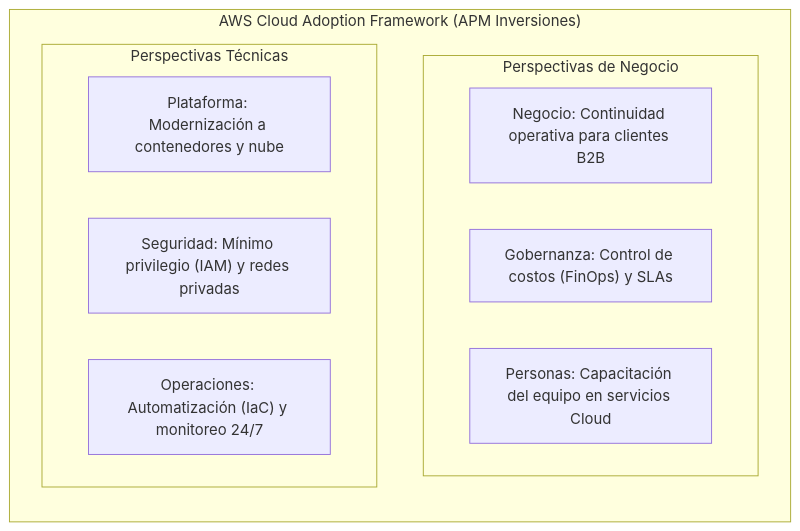
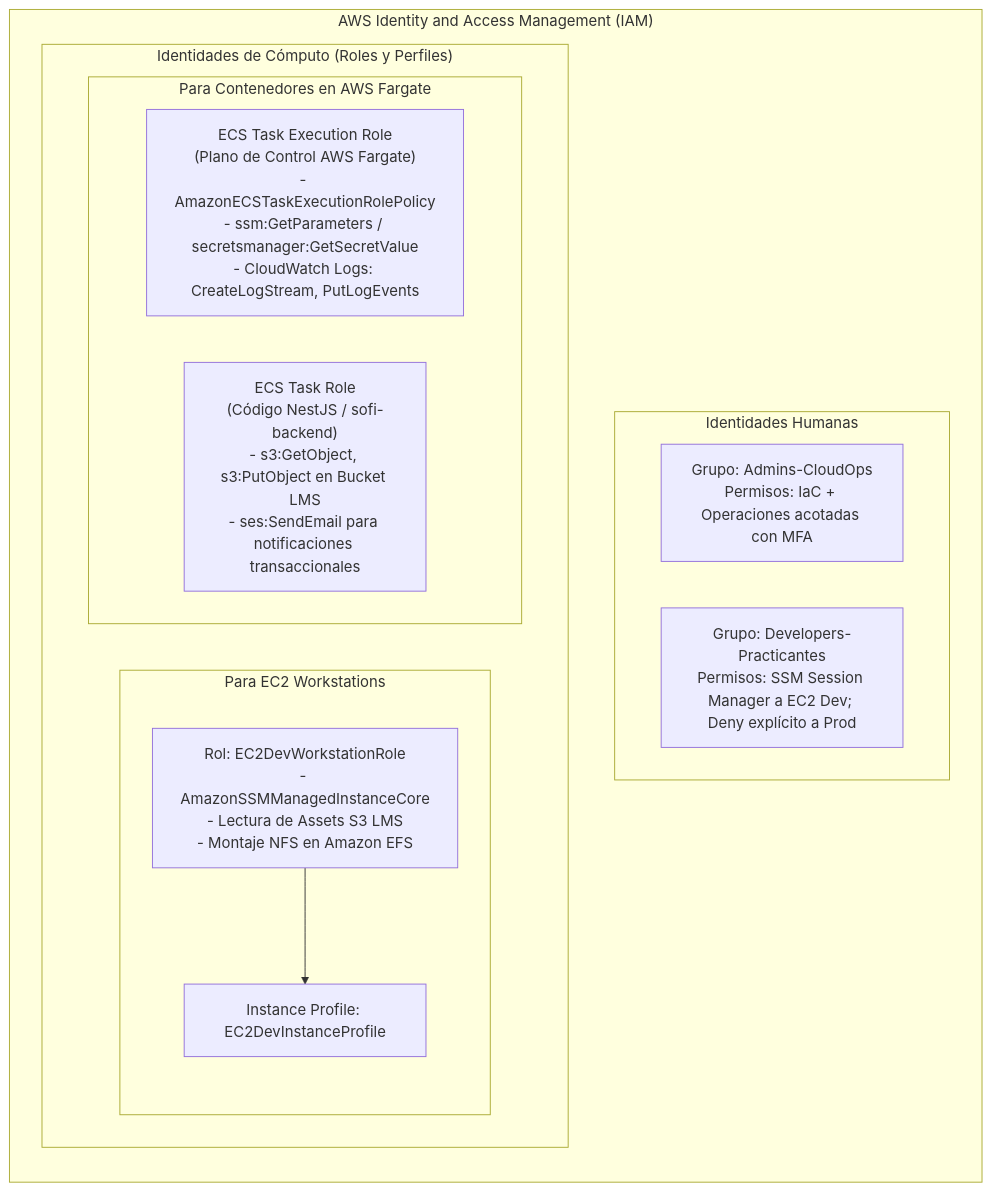
Before and after one commit to La-hermandad-del-codigo/presentacion-aws: the first of 3 diagrams in docs/RESUMEN_GENERAL_PROYECTO_AWS.md, drawn with Mermaid. The commit also changed other lines of this file and 3 other files, not shown here.

````diff
--- a/docs/RESUMEN_GENERAL_PROYECTO_AWS.md
+++ b/docs/RESUMEN_GENERAL_PROYECTO_AWS.md
@@ -38,16 +97,24 @@
 ```mermaid
 flowchart TD
-    subgraph CAF["AWS Cloud Adoption Framework (APM Inversiones)"]
+    subgraph IAM_CORE["AWS Identity and Access Management (IAM)"]
         direction TB
-        subgraph NEG["Perspectivas de Negocio"]
-            B["Negocio: Continuidad operativa para clientes B2B"]
-            G["Gobernanza: Control de costos (FinOps) y SLAs"]
-            P["Personas: Capacitación del equipo en servicios Cloud"]
+
+        subgraph HUMAN["Identidades Humanas"]
+            GRP_ADMIN["Grupo: Admins-CloudOps<br/>Permisos: IaC + Operaciones acotadas con MFA"]
+            GRP_DEV["Grupo: Developers-Practicantes<br/>Permisos: SSM Session Manager a EC2 Dev; Deny explícito a Prod"]
         end
-        subgraph TEC["Perspectivas Técnicas"]
-            PL["Plataforma: Modernización a contenedores y nube"]
-            S["Seguridad: Mínimo privilegio (IAM) y redes privadas"]
-            O["Operaciones: Automatización (IaC) y monitoreo 24/7"]
+
+        subgraph MACHINE["Identidades de Cómputo (Roles y Perfiles)"]
+            subgraph EC2_PROF["Para EC2 Workstations"]
+                R_EC2["Rol: EC2DevWorkstationRole<br/>- AmazonSSMManagedInstanceCore<br/>- Lectura de Assets S3 LMS<br/>- Montaje NFS en Amazon EFS"]
+                IP_EC2["Instance Profile: EC2DevInstanceProfile"]
+                R_EC2 --> IP_EC2
+            end
+
+            subgraph ECS_DUAL["Para Contenedores en AWS Fargate"]
+                R_EXEC["ECS Task Execution Role<br/>(Plano de Control AWS Fargate)<br/>- AmazonECSTaskExecutionRolePolicy<br/>- ssm:GetParameters / secretsmanager:GetSecretValue<br/>- CloudWatch Logs: CreateLogStream, PutLogEvents"]
+                R_TASK["ECS Task Role<br/>(Código NestJS / sofi-backend)<br/>- s3:GetObject, s3:PutObject en Bucket LMS<br/>- ses:SendEmail para notificaciones transaccionales"]
+            end
         end
     end
 ```
````
